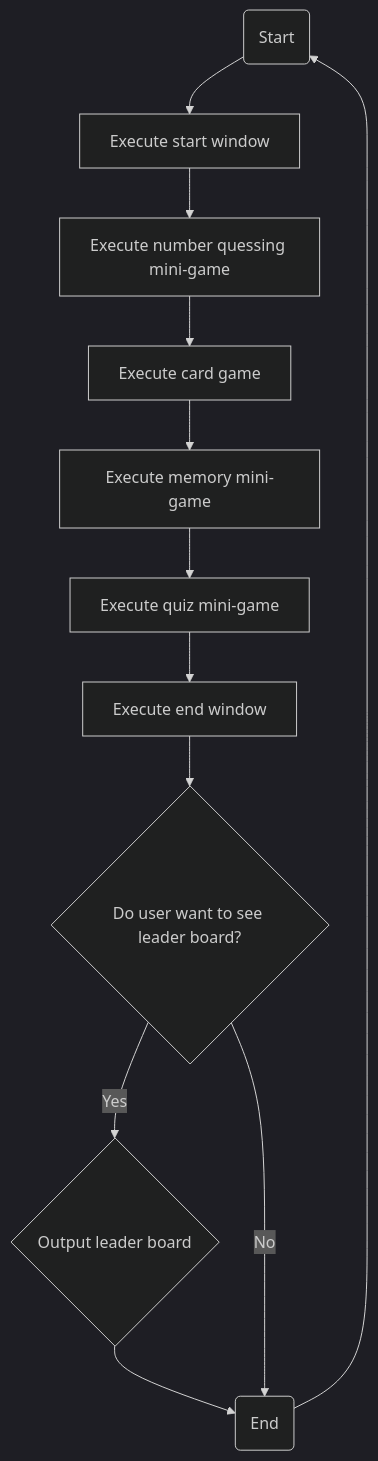
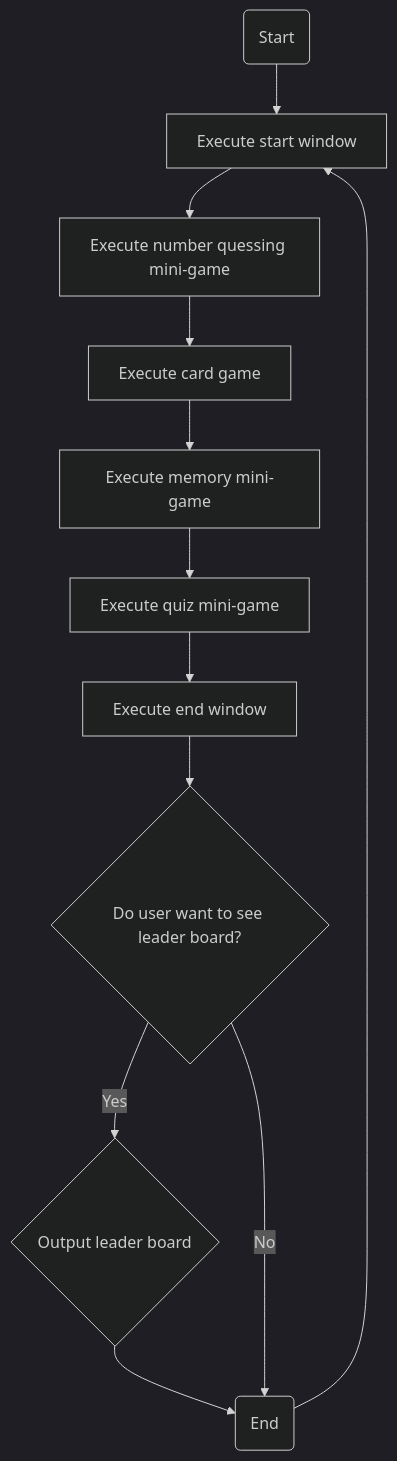
Before and after one commit to JakubSzuber/Score-Counter-Game: the diagram in README.md, drawn with Mermaid (dark theme).

````diff
--- a/README.md
+++ b/README.md
@@ -25,14 +25,14 @@
 ```mermaid
 flowchart TD
   A(Start) --> B[Execute start window];
   B --> C[Execute number quessing mini-game];
   C --> D[Execute card game];
   D --> E[Execute memory mini-game];
   E --> F[Execute quiz mini-game];
   F --> G[Execute end window];
   G --> H{Do user want to see leader board?};
   H -- Yes --> I{Output leader board};
   I --> J;
   H -- No --> J(End);
-  J --> A;
+  J --> B;
 ```
````
